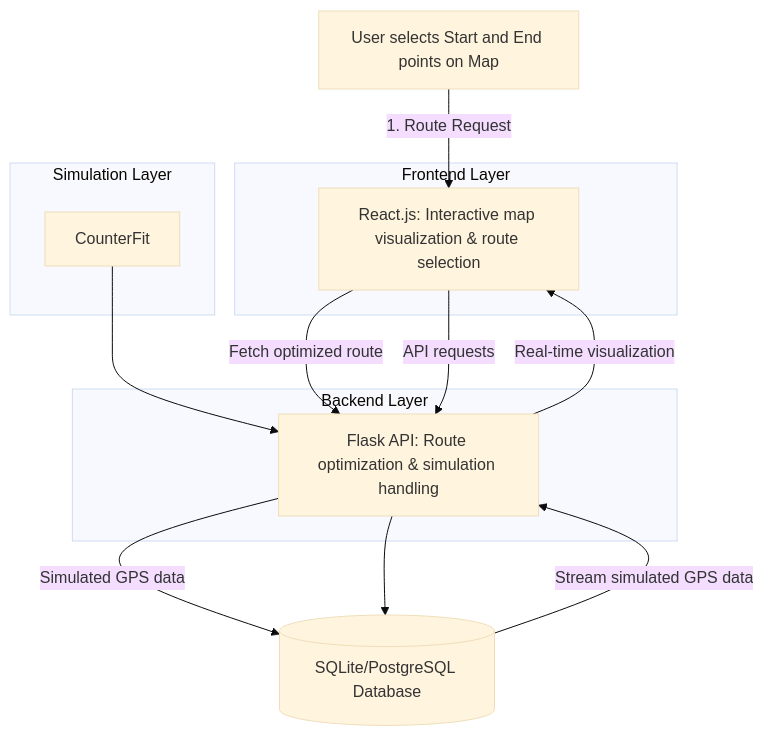
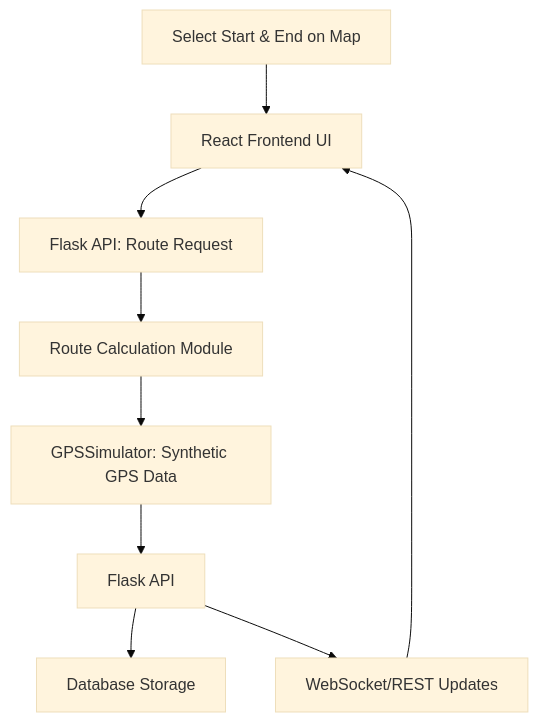
One commit to Minhcardanian/iot-location-tracking changed the first of 2 diagrams in README.md. Above: the diagram before and after it, drawn with Mermaid (base theme). The commit also changed other lines of this file, not shown here.

````diff
--- a/README.md
+++ b/README.md
@@ -45,23 +41,11 @@
 ```mermaid
-graph TD
-
-A[User selects Start and End points on Map] -->|1. Route Request| B[Frontend - React.js]
-B -->|Fetch optimized route| C[Backend API - Flask]
-C -->|Simulated GPS data| D[CounterFit Simulation Layer]
-D -->|Stream simulated GPS data| C[Flask Backend]
-C --> D[(SQLite/PostgreSQL Database)]
-C -->|Real-time visualization| B[Frontend React.js Application]
-B -->|API requests| C
-
-subgraph Backend Layer
-C[Flask API: Route optimization & simulation handling]
-end
-
-subgraph Frontend Layer
-B[React.js: Interactive map visualization & route selection]
-end
-
-subgraph Simulation Layer
-CounterFit --> C
-end
+flowchart TD
+    A[Select Start & End on Map] --> B[React Frontend UI]
+    B --> C[Flask API: Route Request]
+    C --> D[Route Calculation Module]
+    D --> E[GPSSimulator: Synthetic GPS Data]
+    E --> F[Flask API]
+    F --> G[Database Storage]
+    F --> H[WebSocket/REST Updates]
+    H --> B
 ```
````
